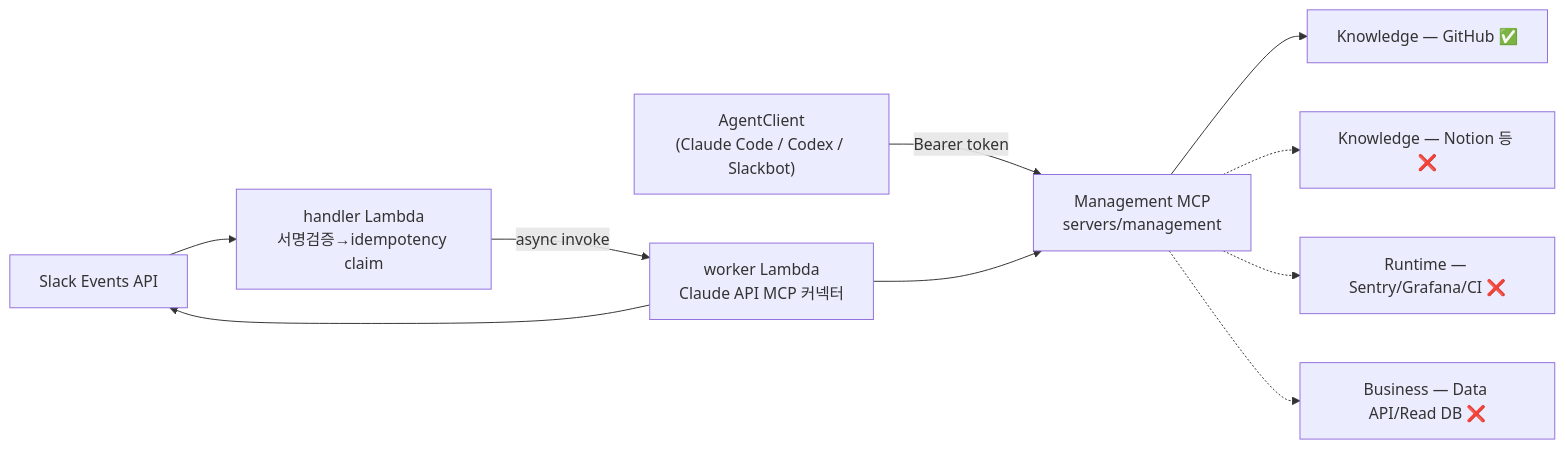
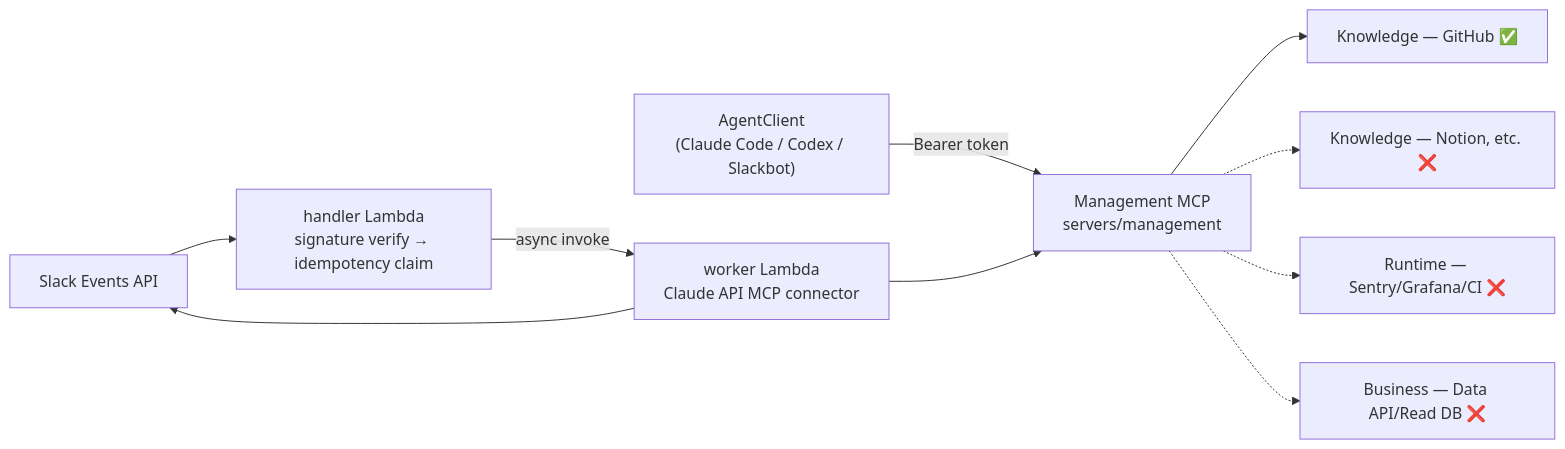
One commit to ridsync/devoks-mcp-servers changed the first of 2 diagrams in README.md. Above: the diagram before and after it, drawn with Mermaid. The commit also changed other lines of this file and 1 other file, not shown here.

````diff
--- a/README.md
+++ b/README.md
@@ -42,13 +45,13 @@
 ```mermaid
 flowchart LR
     AC["AgentClient<br/>(Claude Code / Codex / Slackbot)"] -->|Bearer token| MM["Management MCP<br/>servers/management"]
     MM --> KG["Knowledge — GitHub ✅"]
-    MM -.-> KN["Knowledge — Notion 등 ❌"]
+    MM -.-> KN["Knowledge — Notion, etc. ❌"]
     MM -.-> RT["Runtime — Sentry/Grafana/CI ❌"]
     MM -.-> BZ["Business — Data API/Read DB ❌"]
 
-    SlackEvt["Slack Events API"] --> H["handler Lambda<br/>서명검증→idempotency claim"]
-    H -->|async invoke| W["worker Lambda<br/>Claude API MCP 커넥터"]
+    SlackEvt["Slack Events API"] --> H["handler Lambda<br/>signature verify → idempotency claim"]
+    H -->|async invoke| W["worker Lambda<br/>Claude API MCP connector"]
     W --> MM
     W --> SlackEvt
 ```
````
